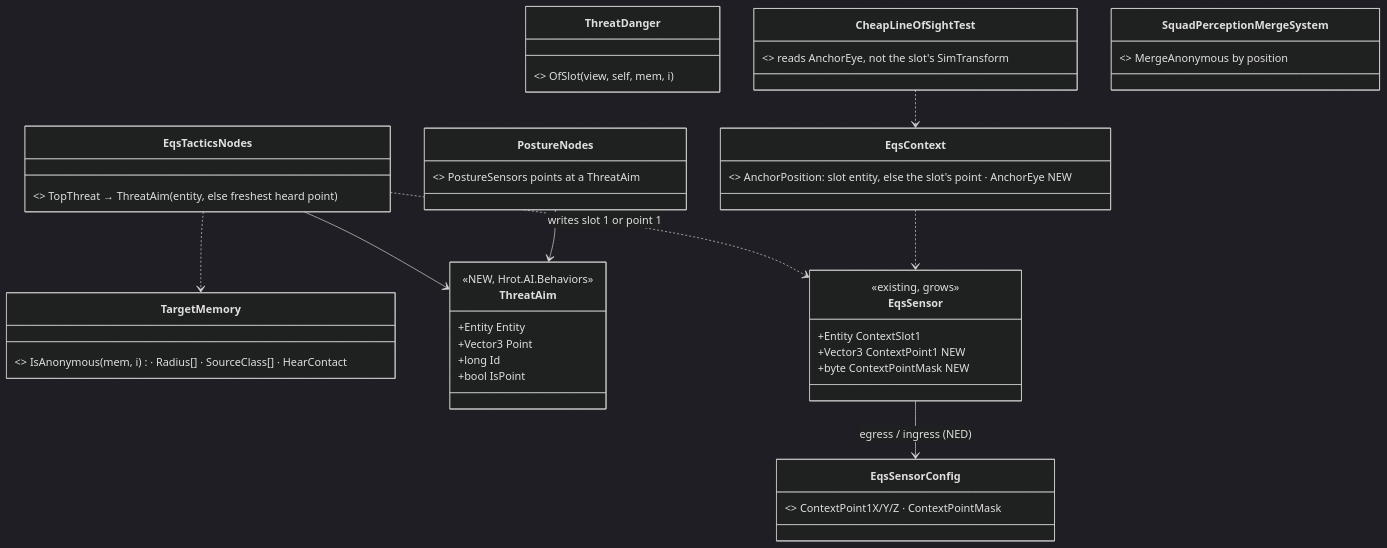
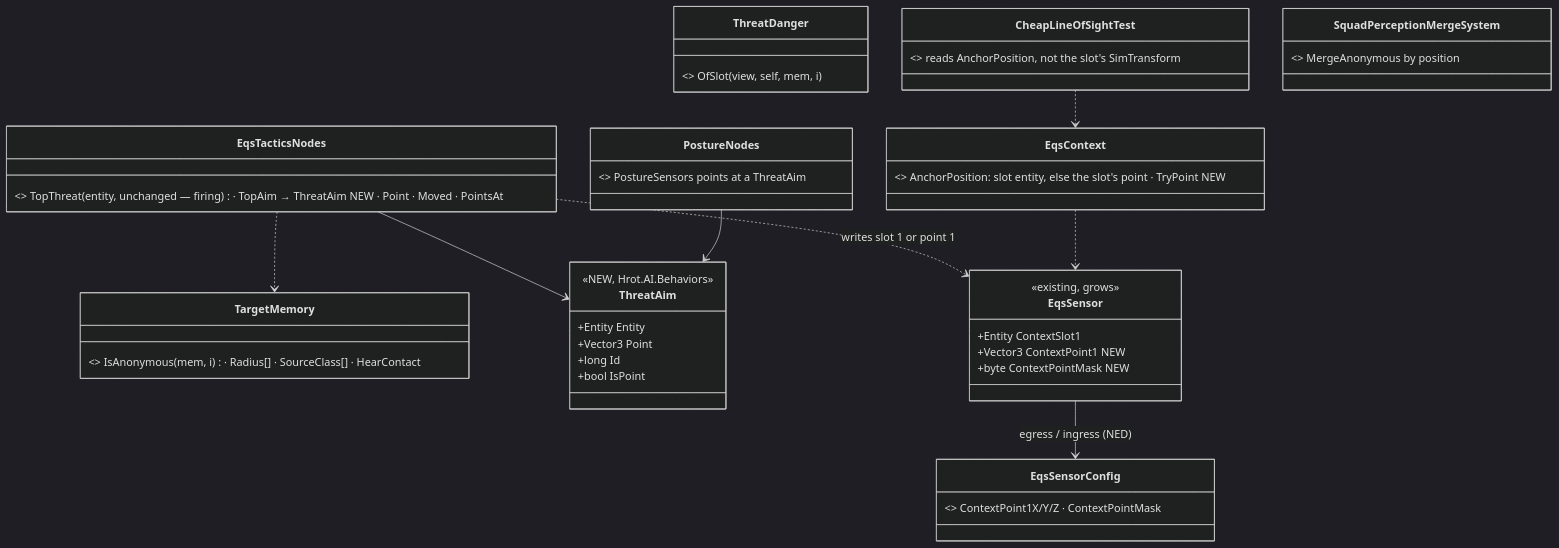
The fifth of 7 diagrams in docs/DESIGN_Thermal_And_Acoustic_Sensing.md (pjanec/HROT), drawn with Mermaid (dark theme) before and after one commit. The commit also changed other lines of this file and 1 other file, not shown here.

````diff
--- a/docs/DESIGN_Thermal_And_Acoustic_Sensing.md
+++ b/docs/DESIGN_Thermal_And_Acoustic_Sensing.md
@@ -422,31 +422,31 @@
 ```mermaid
 classDiagram
   class TargetMemory { <<existing, CE-3063 ①>> IsAnonymous(mem, i) · Radius[] · SourceClass[] · HearContact }
   class ThreatDanger { <<existing>> OfSlot(view, self, mem, i) }
   class ThreatAim {
     <<NEW, Hrot.AI.Behaviors>>
     +Entity Entity
     +Vector3 Point
     +long Id
     +bool IsPoint
   }
-  class EqsTacticsNodes { <<existing, grows>> TopThreat → ThreatAim (entity, else freshest heard point) }
+  class EqsTacticsNodes { <<existing, grows>> TopThreat (entity, unchanged — firing) · TopAim → ThreatAim NEW · Point · Moved · PointsAt }
   class PostureNodes { <<existing, CE-2073>> PostureSensors points at a ThreatAim }
   class EqsSensor {
     <<existing, grows>>
     +Entity ContextSlot1
     +Vector3 ContextPoint1 NEW
     +byte ContextPointMask NEW
   }
-  class EqsContext { <<existing, grows>> AnchorPosition: slot entity, else the slot's point · AnchorEye NEW }
-  class CheapLineOfSightTest { <<existing>> reads AnchorEye, not the slot's SimTransform }
+  class EqsContext { <<existing, grows>> AnchorPosition: slot entity, else the slot's point · TryPoint NEW }
+  class CheapLineOfSightTest { <<existing>> reads AnchorPosition, not the slot's SimTransform }
   class EqsSensorConfig { <<existing DDS, grows>> ContextPoint1X/Y/Z · ContextPointMask }
   class SquadPerceptionMergeSystem { <<existing>> MergeAnonymous by position }
   EqsTacticsNodes --> ThreatAim
   PostureNodes --> ThreatAim
   EqsTacticsNodes ..> TargetMemory
   EqsTacticsNodes ..> EqsSensor : writes slot 1 or point 1
   EqsSensor --> EqsSensorConfig : egress / ingress (NED)
   CheapLineOfSightTest ..> EqsContext
   EqsContext ..> EqsSensor
 ```
````
